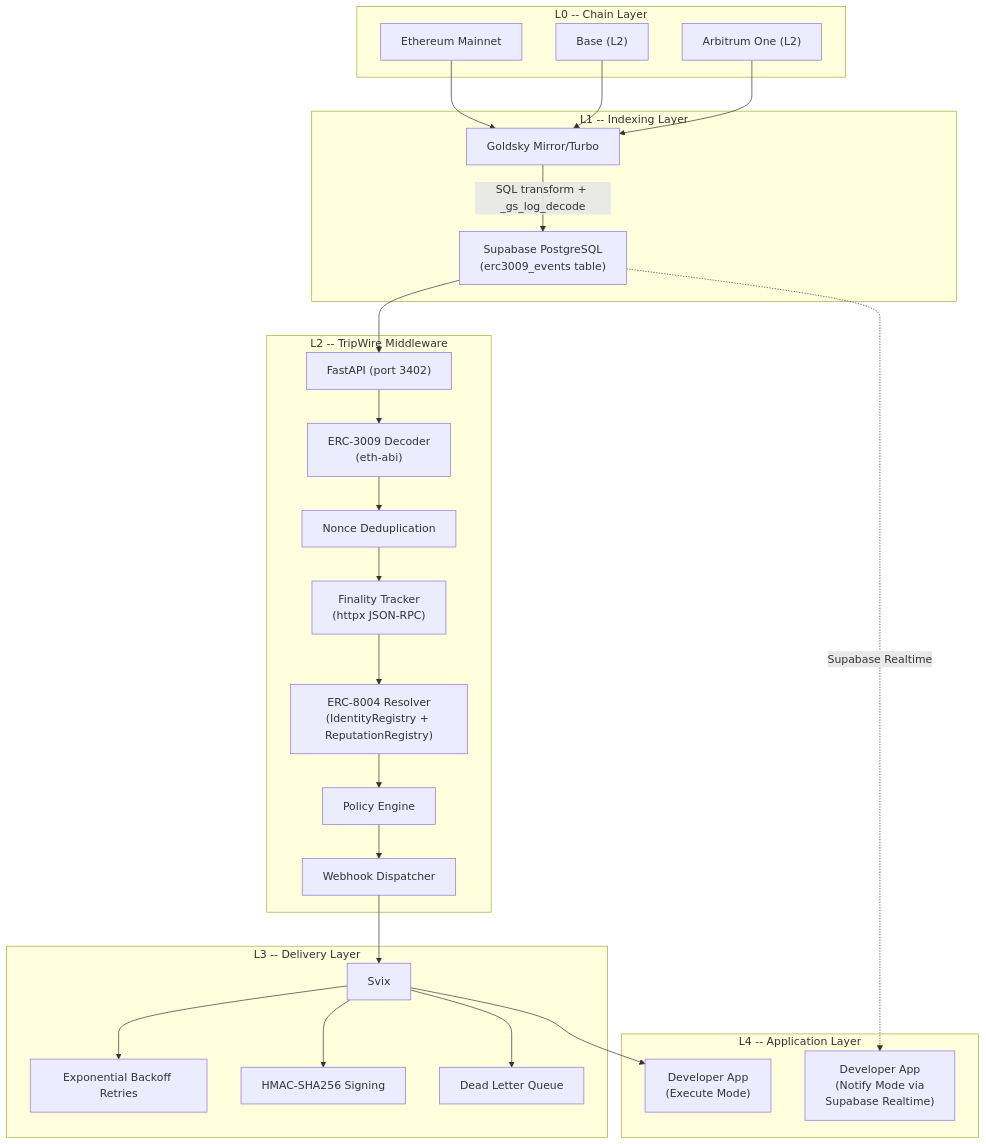
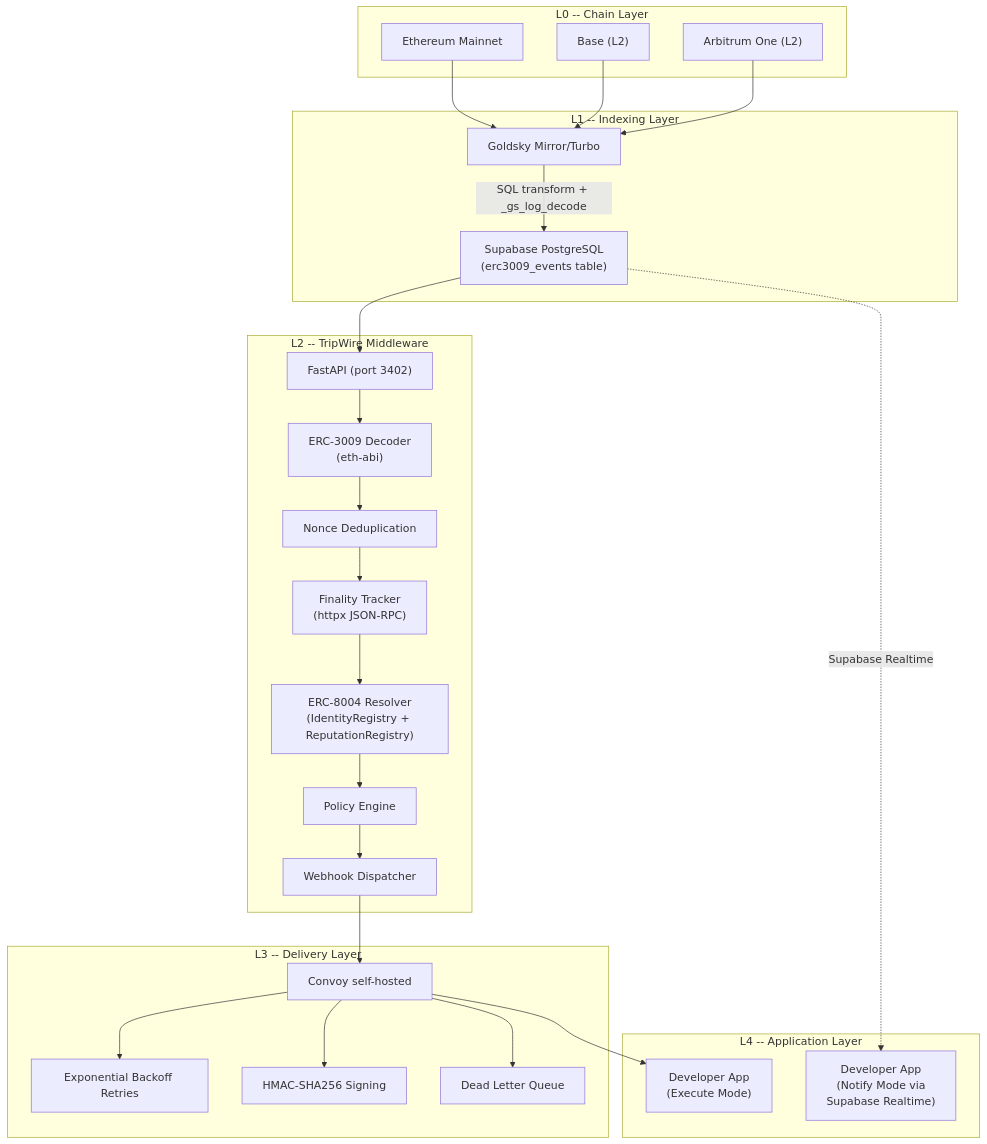
The first of 10 diagrams in docs/architecture/overview.md (sonu96/TripWire), drawn with Mermaid before and after one commit. The commit also changed other lines of this file and 33 other files, not shown here.

First line of the commit message:
Replace Svix with Convoy self-hosted + direct httpx fast path

````diff
--- a/docs/architecture/overview.md
+++ b/docs/architecture/overview.md
@@ -29,53 +29,53 @@
 ```mermaid
 graph TB
     subgraph L0["L0 -- Chain Layer"]
         ETH["Ethereum Mainnet"]
         BASE["Base (L2)"]
         ARB["Arbitrum One (L2)"]
     end
 
     subgraph L1["L1 -- Indexing Layer"]
         GS["Goldsky Mirror/Turbo"]
         SB_SINK["Supabase PostgreSQL<br/>(erc3009_events table)"]
     end
 
     subgraph L2["L2 -- TripWire Middleware"]
         API["FastAPI (port 3402)"]
         DECODE["ERC-3009 Decoder<br/>(eth-abi)"]
         FINALITY["Finality Tracker<br/>(httpx JSON-RPC)"]
         IDENTITY["ERC-8004 Resolver<br/>(IdentityRegistry + ReputationRegistry)"]
         POLICY["Policy Engine"]
         DEDUP["Nonce Deduplication"]
         DISPATCH["Webhook Dispatcher"]
     end
 
     subgraph L3["L3 -- Delivery Layer"]
-        SVIX["Svix"]
+        CONVOY["Convoy self-hosted"]
         RETRY["Exponential Backoff Retries"]
         HMAC["HMAC-SHA256 Signing"]
         DLQ["Dead Letter Queue"]
     end
 
     subgraph L4["L4 -- Application Layer"]
         DEV_EXEC["Developer App<br/>(Execute Mode)"]
         DEV_NOTIFY["Developer App<br/>(Notify Mode via<br/>Supabase Realtime)"]
     end
 
     ETH --> GS
     BASE --> GS
     ARB --> GS
     GS -->|"SQL transform + _gs_log_decode"| SB_SINK
     SB_SINK --> API
     API --> DECODE
     DECODE --> DEDUP
     DEDUP --> FINALITY
     FINALITY --> IDENTITY
     IDENTITY --> POLICY
     POLICY --> DISPATCH
-    DISPATCH --> SVIX
-    SVIX --> RETRY
-    SVIX --> HMAC
-    SVIX --> DLQ
-    SVIX --> DEV_EXEC
+    DISPATCH --> CONVOY
+    CONVOY --> RETRY
+    CONVOY --> HMAC
+    CONVOY --> DLQ
+    CONVOY --> DEV_EXEC
     SB_SINK -.->|"Supabase Realtime"| DEV_NOTIFY
 ```
````
